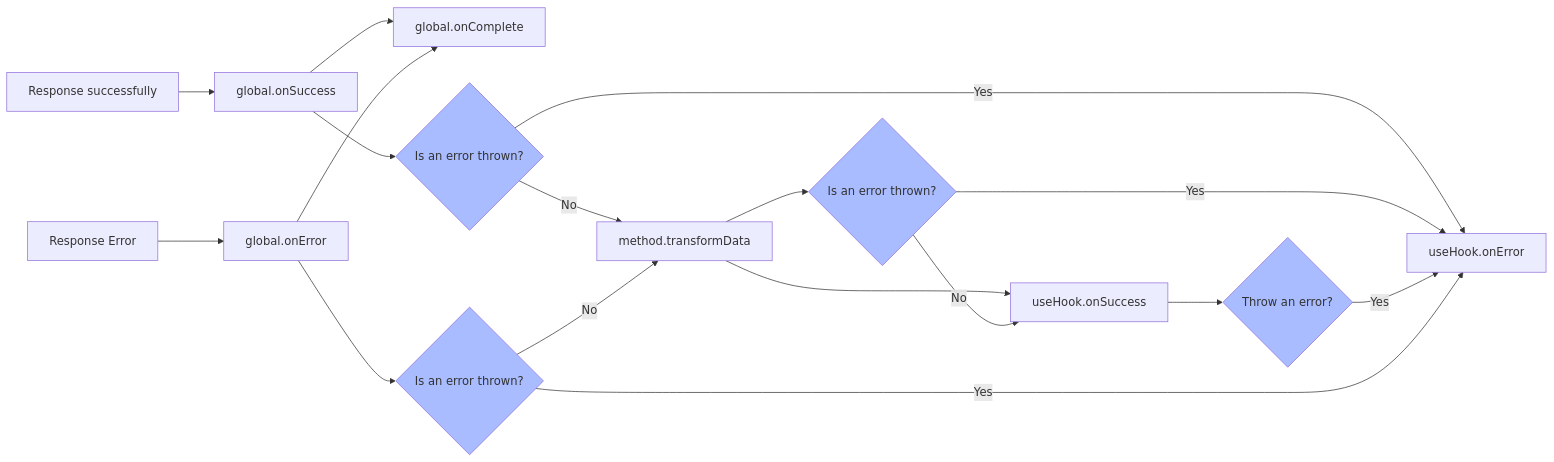
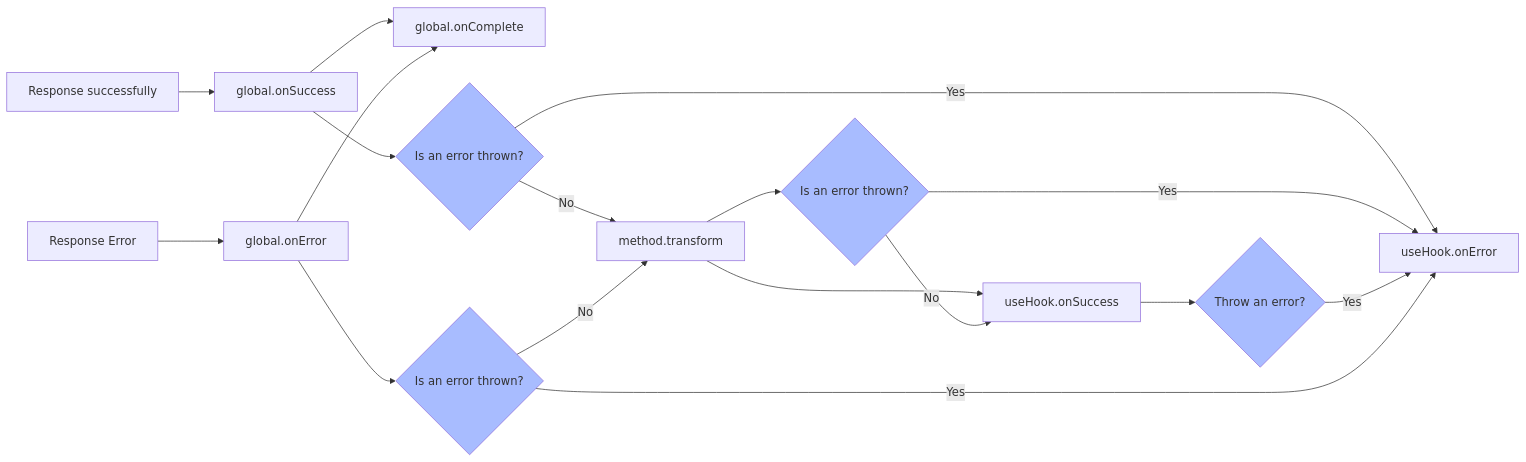
The diagram in docs/tutorial/02-getting-started/03-basic/07-combine-framework.md (alovajs/alovajs.github.io), drawn with Mermaid before and after one commit. The commit also changed other lines of this file and 178 other files, not shown here.

````diff
--- a/docs/tutorial/02-getting-started/03-basic/07-combine-framework.md
+++ b/docs/tutorial/02-getting-started/03-basic/07-combine-framework.md
@@ -165,24 +165,24 @@
 ```mermaid
 flowchart LR
    classDef condition fill:#a8bcff
 
    R1[Response successfully] --> global.onSuccess
    global.onSuccess --> global.onComplete
    global.onSuccess --> throw{Is an error thrown? }:::condition
-   throw -->|No| method.transformData
-   method.transformData --> useHook.onSuccess
+   throw -->|No| method.transform
+   method.transform --> useHook.onSuccess
    throw -->|Yes| useHook.onError
 
-   method.transformData --> throw2{Is an error thrown? }:::condition
+   method.transform --> throw2{Is an error thrown? }:::condition
    throw2 -->|No| useHook.onSuccess
    throw2 -->|Yes| useHook.onError
 
    useHook.onSuccess --> throw3{Throw an error? }:::condition
    throw3 -->|Yes| useHook.onError
 
    R2[Response Error] --> global.onError
    global.onError --> global.onComplete
    global.onError --> throw4{Is an error thrown? }:::condition
    throw4 -->|Yes| useHook.onError
-   throw4 -->|No| method.transformData
+   throw4 -->|No| method.transform
 ```
````
